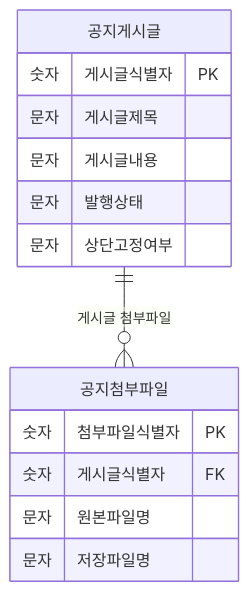
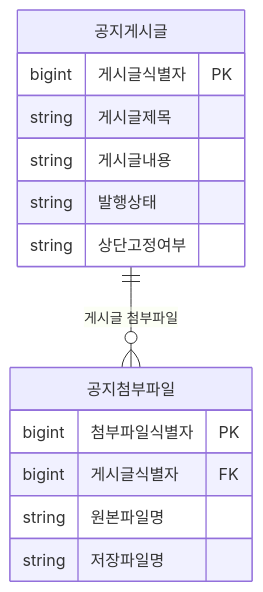
One commit to New-stella/klid-label changed diagram 13 of 14 in docs/0705/D8-엔티티관계모형설계서.md. Above: the diagram before and after it, drawn with Mermaid. The commit also changed other lines of this file and 1 other file, not shown here.

First line of the commit message:
docs(D8): §2 속성명 한글화 + §1 ERD 타입 물리 원형 복원

````diff
--- a/docs/0705/D8-엔티티관계모형설계서.md
+++ b/docs/0705/D8-엔티티관계모형설계서.md
@@ -460,19 +460,19 @@
 ```mermaid
 erDiagram
     공지게시글 ||--o{ 공지첨부파일 : "게시글 첨부파일"
     공지게시글 {
         %% class: - ※ (D1 범위 외 · R1 요구사항 외 추가 결정 기능)
-        숫자 게시글식별자 PK
-        문자 게시글제목
-        문자 게시글내용
-        문자 발행상태
-        문자 상단고정여부
+        bigint 게시글식별자 PK
+        string 게시글제목
+        string 게시글내용
+        string 발행상태
+        string 상단고정여부
     }
     공지첨부파일 {
         %% class: - ※ (D1 범위 외 · R1 요구사항 외 추가 결정 기능)
-        숫자 첨부파일식별자 PK
-        숫자 게시글식별자 FK
-        문자 원본파일명
-        문자 저장파일명
+        bigint 첨부파일식별자 PK
+        bigint 게시글식별자 FK
+        string 원본파일명
+        string 저장파일명
     }
 ```
````
